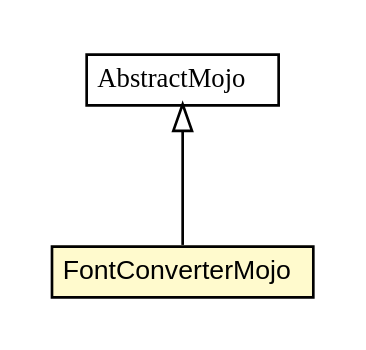
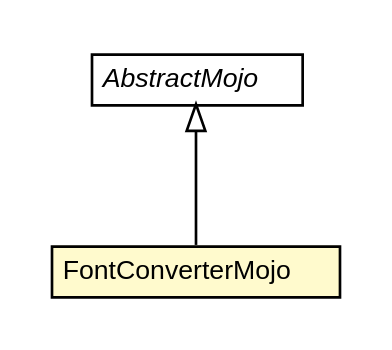
One commit to trajano/batik-maven-plugin changed the diagram in apidocs/net/trajano/mojo/batik/FontConverterMojo.dot. Above: the diagram before and after it, drawn with Graphviz. The commit also changed 146 other files, not shown here.

```diff
--- a/apidocs/net/trajano/mojo/batik/FontConverterMojo.dot
+++ b/apidocs/net/trajano/mojo/batik/FontConverterMojo.dot
@@ -1,26 +1,26 @@
 #!/usr/local/bin/dot
 #
 # Class diagram 
 # Generated by UMLGraph version R5_6-24-gf6e263 (http://www.umlgraph.org/)
 #
 
 digraph G {
-	edge [fontname="arial",fontsize=10,labelfontname="arial",labelfontsize=10];
-	node [fontname="arial",fontsize=10,shape=plaintext];
+	edge [fontname="Helvetica",fontsize=10,labelfontname="Helvetica",labelfontsize=10];
+	node [fontname="Helvetica",fontsize=10,shape=plaintext];
 	nodesep=0.25;
 	ranksep=0.5;
 	// net.trajano.mojo.batik.FontConverterMojo
-	c16 [label=<<table title="net.trajano.mojo.batik.FontConverterMojo" border="0" cellborder="1" cellspacing="0" cellpadding="2" port="p" bgcolor="lemonChiffon" href="./FontConverterMojo.html">
+	c14 [label=<<table title="net.trajano.mojo.batik.FontConverterMojo" border="0" cellborder="1" cellspacing="0" cellpadding="2" port="p" bgcolor="lemonChiffon" href="./FontConverterMojo.html">
 		<tr><td><table border="0" cellspacing="0" cellpadding="1">
 <tr><td align="center" balign="center"> FontConverterMojo </td></tr>
 		</table></td></tr>
-		</table>>, URL="./FontConverterMojo.html", fontname="arial", fontcolor="black", fontsize=10.0];
+		</table>>, URL="./FontConverterMojo.html", fontname="Helvetica", fontcolor="black", fontsize=10.0];
 	//net.trajano.mojo.batik.FontConverterMojo extends org.apache.maven.plugin.AbstractMojo
-	c25:p -> c16:p [dir=back,arrowtail=empty];
+	c25:p -> c14:p [dir=back,arrowtail=empty];
 	// org.apache.maven.plugin.AbstractMojo
 	c25 [label=<<table title="org.apache.maven.plugin.AbstractMojo" border="0" cellborder="1" cellspacing="0" cellpadding="2" port="p" href="http://java.sun.com/j2se/1.4.2/docs/api/org/apache/maven/plugin/AbstractMojo.html">
 		<tr><td><table border="0" cellspacing="0" cellpadding="1">
-<tr><td align="center" balign="center"><font face="arial italic"> AbstractMojo </font></td></tr>
+<tr><td align="center" balign="center"><font face="Helvetica-Oblique"> AbstractMojo </font></td></tr>
 		</table></td></tr>
-		</table>>, URL="http://java.sun.com/j2se/1.4.2/docs/api/org/apache/maven/plugin/AbstractMojo.html", fontname="arial", fontcolor="black", fontsize=10.0];
+		</table>>, URL="http://java.sun.com/j2se/1.4.2/docs/api/org/apache/maven/plugin/AbstractMojo.html", fontname="Helvetica", fontcolor="black", fontsize=10.0];
 }
```
